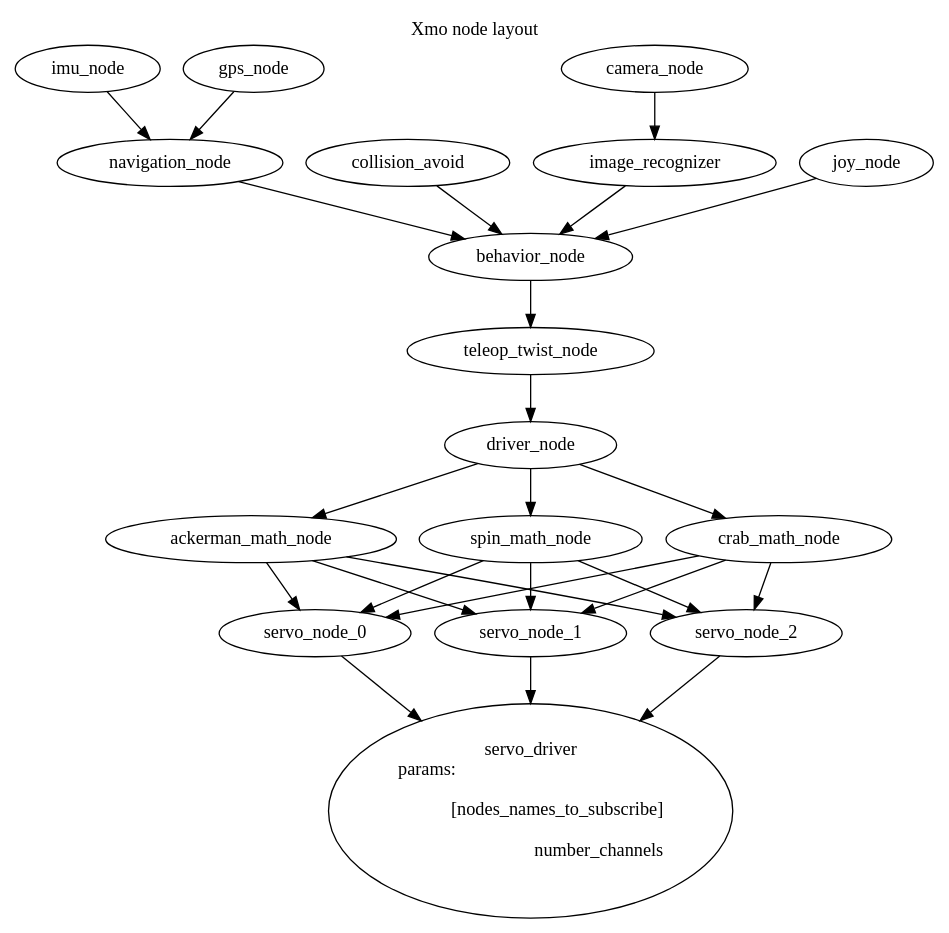
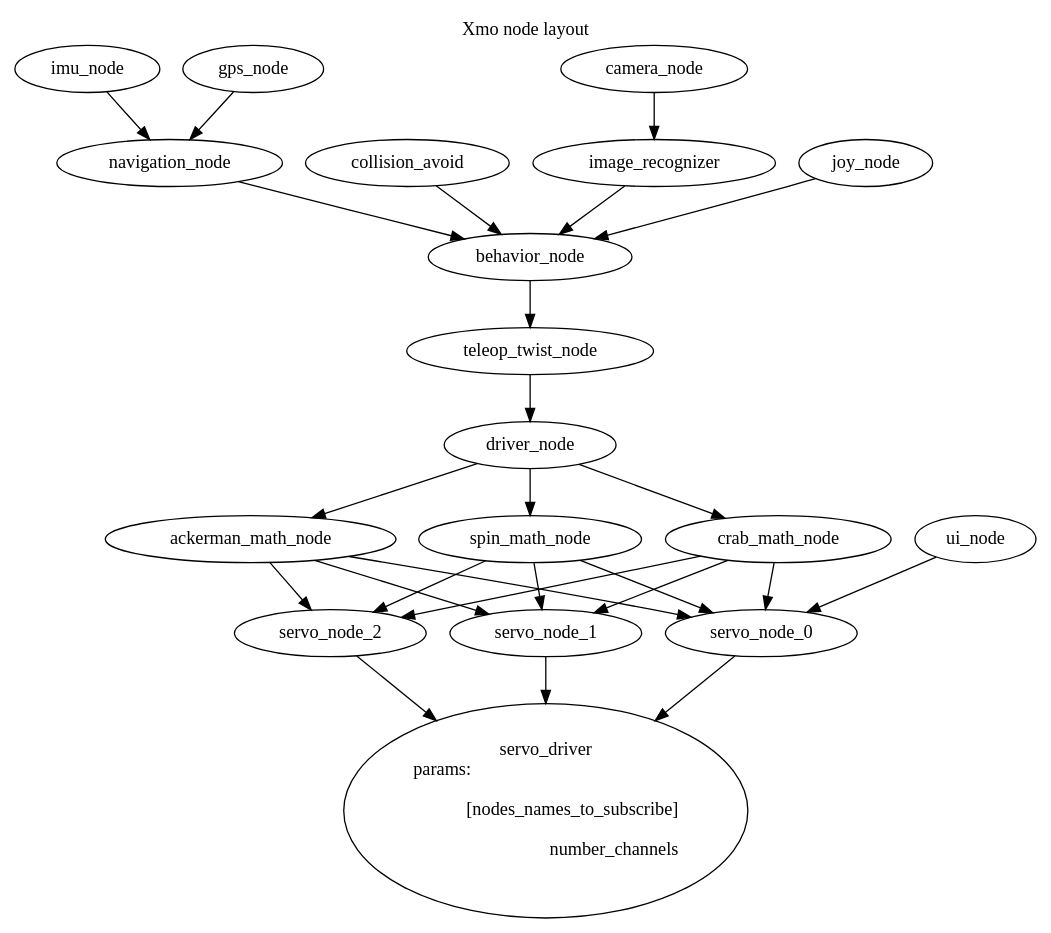
Before and after one commit to pulcher/Xmo: the diagram in docs/node-layout.dot, drawn with Graphviz. The commit also changed 6 other files, not shown here.

Commit message:
got the name of the module going.  servo_node in progress dynamic topic creation

```diff
--- a/docs/node-layout.dot
+++ b/docs/node-layout.dot
@@ -1,41 +1,43 @@
 digraph xmo {
     labelloc="t"
     label="Xmo node layout";
 
     gps_node -> navigation_node
     imu_node -> navigation_node
     navigation_node -> behavior_node
 
     collision_avoid -> behavior_node
     
     camera_node -> image_recognizer
 
     image_recognizer -> behavior_node
 
     joy_node -> behavior_node
 
     behavior_node -> teleop_twist_node
 
     teleop_twist_node -> driver_node
 
     driver_node -> ackerman_math_node
     driver_node -> spin_math_node
     driver_node -> crab_math_node
 
     ackerman_math_node -> servo_node_0
     ackerman_math_node -> servo_node_1
     ackerman_math_node -> servo_node_2
 
     spin_math_node -> servo_node_0
     spin_math_node -> servo_node_1
     spin_math_node -> servo_node_2
 
     crab_math_node -> servo_node_0
     crab_math_node -> servo_node_1
     crab_math_node -> servo_node_2
 
     servo_driver[label="servo_driver\nparams:\l\n[nodes_names_to_subscribe]\r\nnumber_channels\r\n"]
     servo_node_0 -> servo_driver
     servo_node_1 -> servo_driver
     servo_node_2 -> servo_driver
+
+    ui_node -> servo_node_0
 }
```
